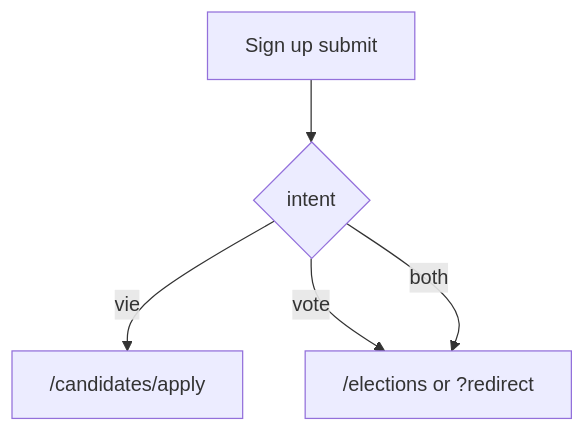
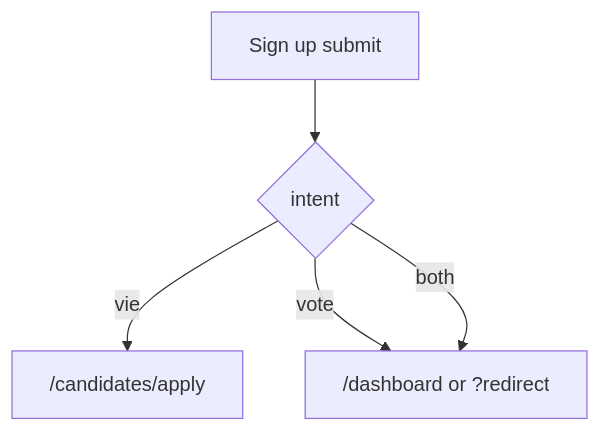
One commit to WarutereIan/mashinaniYouth changed the second of 2 diagrams in docs/auth-routing-flows.md. Above: the diagram before and after it, drawn with Mermaid. The commit also changed other lines of this file and 12 other files, not shown here.

````diff
--- a/docs/auth-routing-flows.md
+++ b/docs/auth-routing-flows.md
@@ -44,7 +44,7 @@
 ```mermaid
 flowchart TD
   signup[Sign up submit] --> intent{intent}
   intent -->|vie| apply["/candidates/apply"]
-  intent -->|vote| elections["/elections or ?redirect"]
-  intent -->|both| elections
+  intent -->|vote| dash["/dashboard or ?redirect"]
+  intent -->|both| dash
 ```
````
